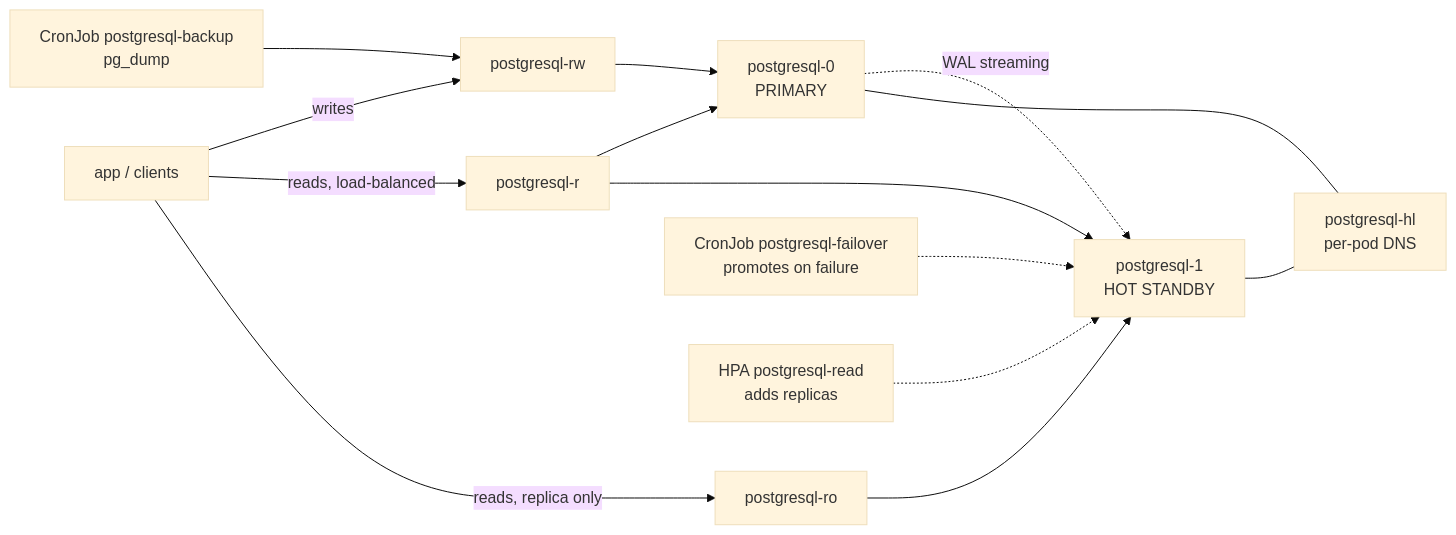
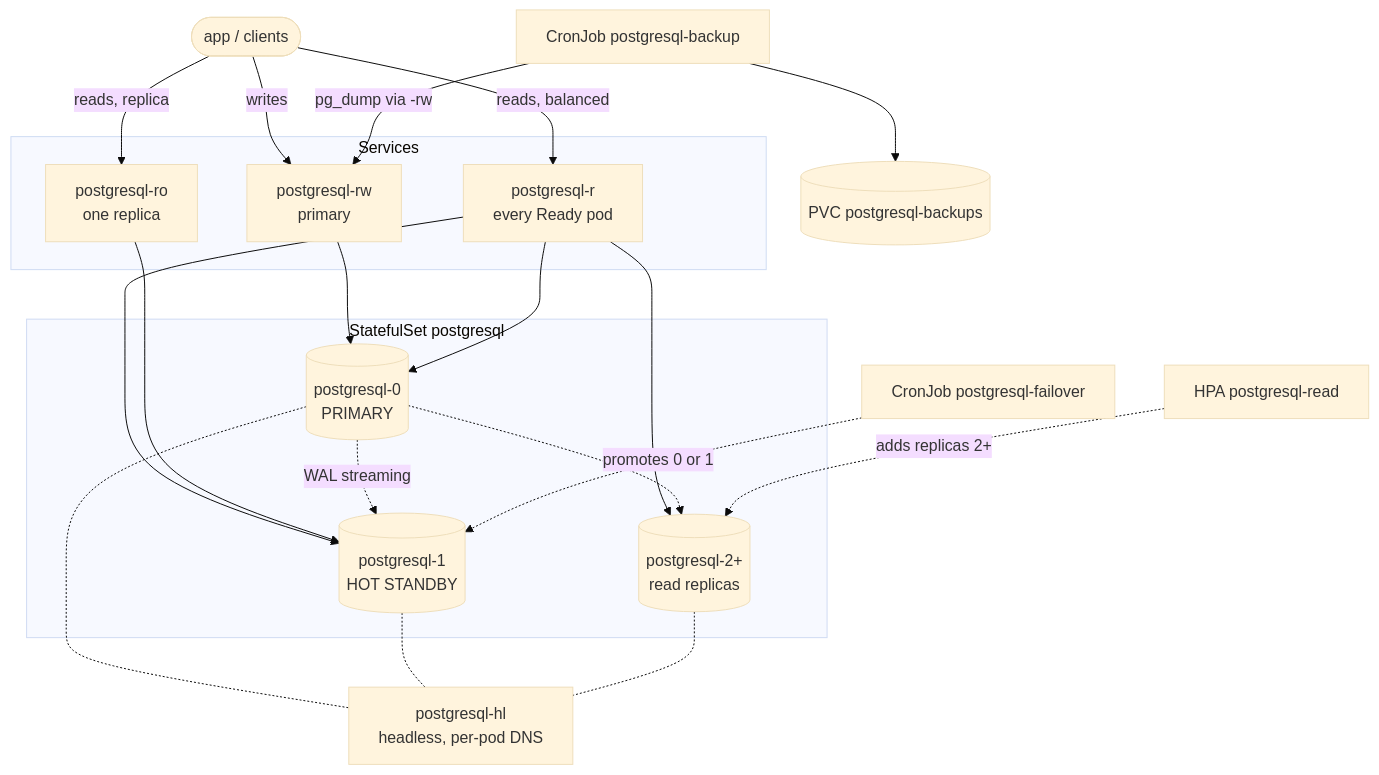
One commit to rarguello/plain-pg changed the diagram in README.md. Above: the diagram before and after it, drawn with Mermaid (base theme). The commit also changed other lines of this file and 16 other files, not shown here.

````diff
--- a/README.md
+++ b/README.md
@@ -8,24 +8,35 @@
 ```mermaid
-flowchart LR
-  client["app / clients"]
+flowchart TB
+  app(["app / clients"])
 
-  rw["postgresql-rw"]
-  r["postgresql-r"]
-  ro["postgresql-ro"]
-  hl["postgresql-hl<br/>per-pod DNS"]
+  subgraph services["Services"]
+    rw["postgresql-rw<br/>primary"]
+    r["postgresql-r<br/>every Ready pod"]
+    ro["postgresql-ro<br/>one replica"]
+  end
 
-  p0["postgresql-0<br/>PRIMARY"]
-  p1["postgresql-1<br/>HOT STANDBY"]
+  subgraph db["StatefulSet postgresql"]
+    p0[("postgresql-0<br/>PRIMARY")]
+    p1[("postgresql-1<br/>HOT STANDBY")]
+    p2[("postgresql-2+<br/>read replicas")]
+  end
 
-  client -->|writes| rw --> p0
-  client -->|reads, load-balanced| r --> p0
+  hl["postgresql-hl<br/>headless, per-pod DNS"]
+
+  app -->|writes| rw --> p0
+  app -->|reads, balanced| r --> p0
   r --> p1
-  client -->|reads, replica only| ro --> p1
+  r --> p2
+  app -->|reads, replica| ro --> p1
+
   p0 -.->|WAL streaming| p1
-  p0 --- hl
-  p1 --- hl
+  p0 -.-> p2
+  p0 -.- hl
+  p1 -.- hl
+  p2 -.- hl
 
-  backup["CronJob postgresql-backup<br/>pg_dump"] --> rw
-  failover["CronJob postgresql-failover<br/>promotes on failure"] -.-> p1
-  hpa["HPA postgresql-read<br/>adds replicas"] -.-> p1
+  backup["CronJob postgresql-backup"] -->|pg_dump via -rw| rw
+  backup --> dump[("PVC postgresql-backups")]
+  failover["CronJob postgresql-failover"] -.->|promotes 0 or 1| p1
+  hpa["HPA postgresql-read"] -.->|adds replicas 2+| p2
 ```
````
